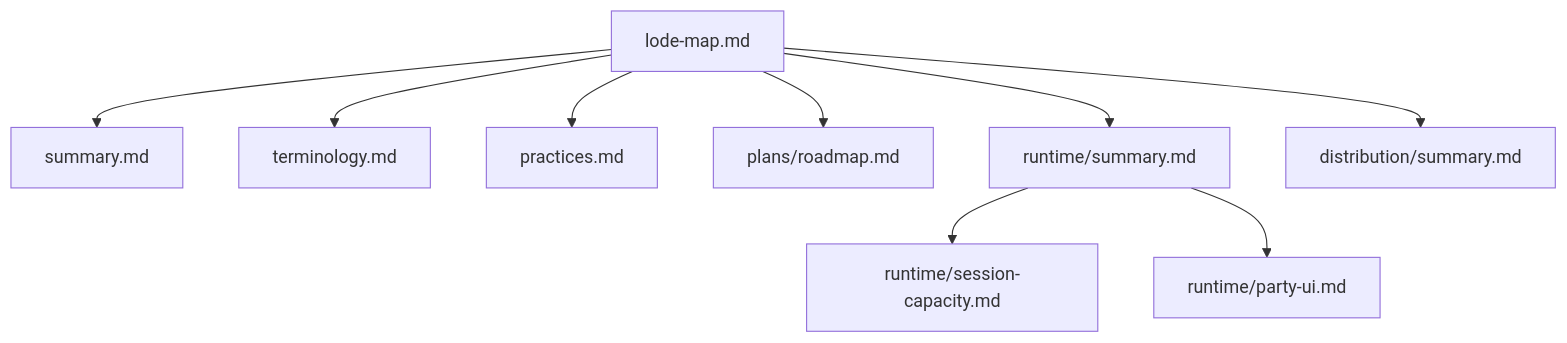
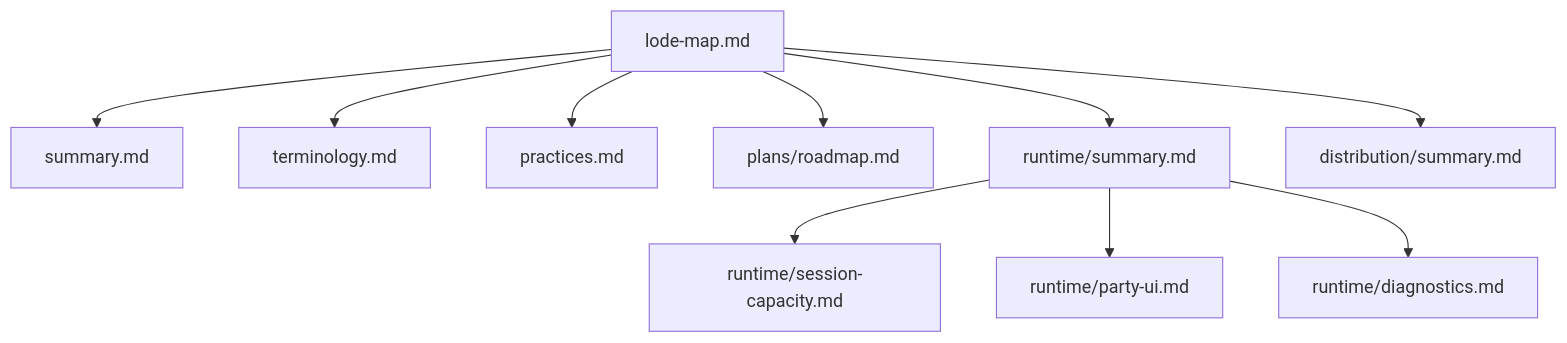
The diagram in lode/lode-map.md (TheAngryByrd/Wayfinder-Mods), drawn with Mermaid before and after one commit. The commit also changed other lines of this file and 4 other files, not shown here.

````diff
--- a/lode/lode-map.md
+++ b/lode/lode-map.md
@@ -6,11 +6,12 @@
 ```mermaid
 flowchart TD
     Map[lode-map.md] --> Summary[summary.md]
     Map --> Terms[terminology.md]
     Map --> Practices[practices.md]
     Map --> Plans[plans/roadmap.md]
     Map --> Runtime[runtime/summary.md]
     Runtime --> Session[runtime/session-capacity.md]
     Runtime --> UI[runtime/party-ui.md]
+    Runtime --> Diagnostics[runtime/diagnostics.md]
     Map --> Distribution[distribution/summary.md]
 ```
````
